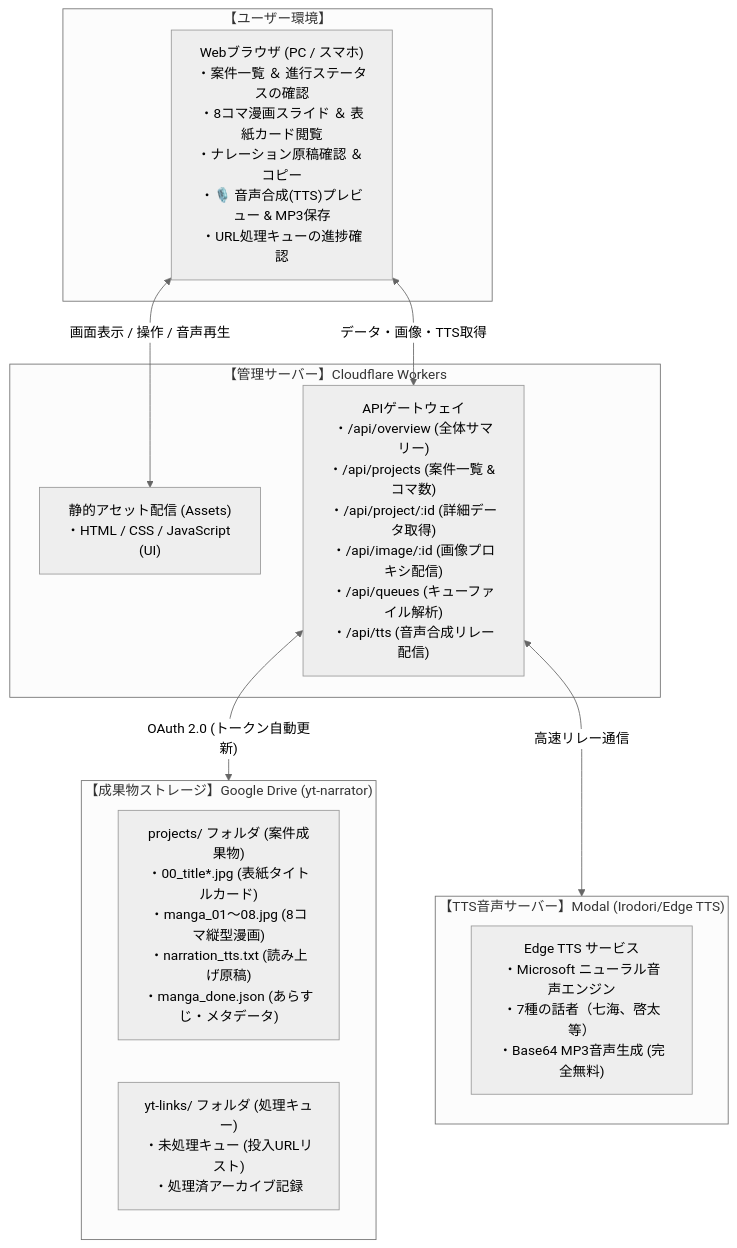
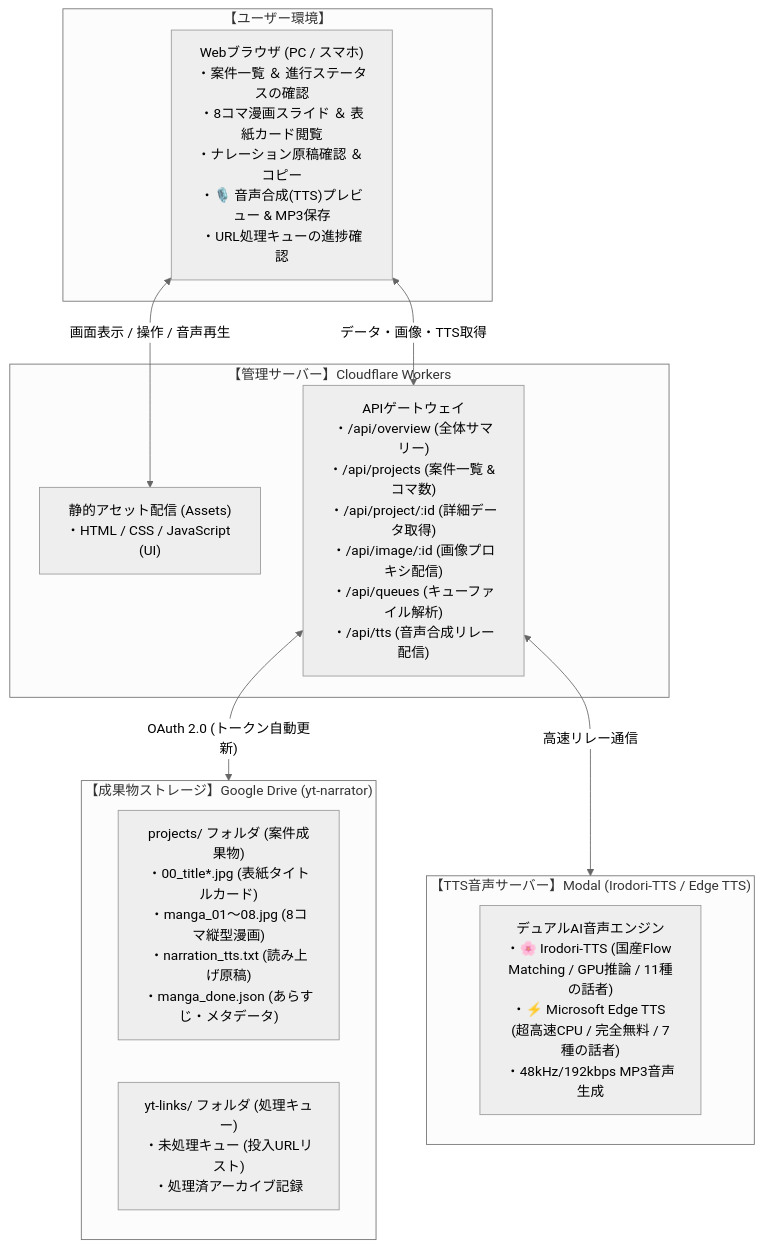
Before and after one commit to ohapee/yt-narrator-dashboard: the diagram in README.md, drawn with Mermaid (neutral theme). The commit also changed other lines of this file and 3 other files, not shown here.

Commit message:
機能追加: 国産AI Irodori-TTS (彩TTS) と Edge TTS のデュアルエンジン切り替えに対応

````diff
--- a/README.md
+++ b/README.md
@@ -22,25 +22,25 @@
 ```mermaid
 flowchart TD
     subgraph Client["【ユーザー環境】"]
         Browser["Webブラウザ (PC / スマホ)\n・案件一覧 ＆ 進行ステータスの確認\n・8コマ漫画スライド ＆ 表紙カード閲覧\n・ナレーション原稿確認 ＆ コピー\n・🎙️ 音声合成(TTS)プレビュー & MP3保存\n・URL処理キューの進捗確認"]
     end
 
     subgraph Cloudflare["【管理サーバー】Cloudflare Workers"]
         CF_Static["静的アセット配信 (Assets)\n・HTML / CSS / JavaScript (UI)"]
         CF_API["APIゲートウェイ\n・/api/overview (全体サマリー)\n・/api/projects (案件一覧 & コマ数)\n・/api/project/:id (詳細データ取得)\n・/api/image/:id (画像プロキシ配信)\n・/api/queues (キューファイル解析)\n・/api/tts (音声合成リレー配信)"]
     end
 
     subgraph GoogleDrive["【成果物ストレージ】Google Drive (yt-narrator)"]
         ProjectsFolder["projects/ フォルダ (案件成果物)\n・00_title*.jpg (表紙タイトルカード)\n・manga_01〜08.jpg (8コマ縦型漫画)\n・narration_tts.txt (読み上げ原稿)\n・manga_done.json (あらすじ・メタデータ)"]
         LinksFolder["yt-links/ フォルダ (処理キュー)\n・未処理キュー (投入URLリスト)\n・処理済アーカイブ記録"]
     end
 
-    subgraph ModalTTS["【TTS音声サーバー】Modal (Irodori/Edge TTS)"]
-        TTS_API["Edge TTS サービス\n・Microsoft ニューラル音声エンジン\n・7種の話者（七海、啓太等）\n・Base64 MP3音声生成 (完全無料)"]
+    subgraph ModalTTS["【TTS音声サーバー】Modal (Irodori-TTS / Edge TTS)"]
+        TTS_API["デュアルAI音声エンジン\n・🌸 Irodori-TTS (国産Flow Matching / GPU推論 / 11種の話者)\n・⚡ Microsoft Edge TTS (超高速CPU / 完全無料 / 7種の話者)\n・48kHz/192kbps MP3音声生成"]
     end
 
     Browser <-->|"画面表示 / 操作 / 音声再生"| CF_Static
     Browser <-->|"データ・画像・TTS取得"| CF_API
     CF_API <-->|"OAuth 2.0 (トークン自動更新)"| GoogleDrive
     CF_API <-->|"高速リレー通信"| ModalTTS
 ```
````
